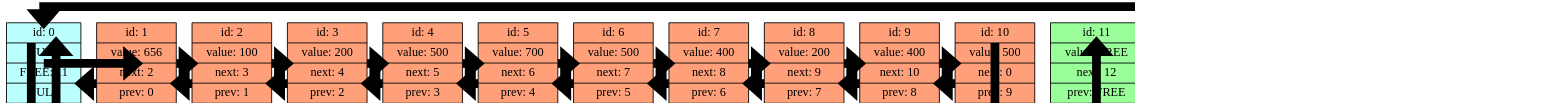
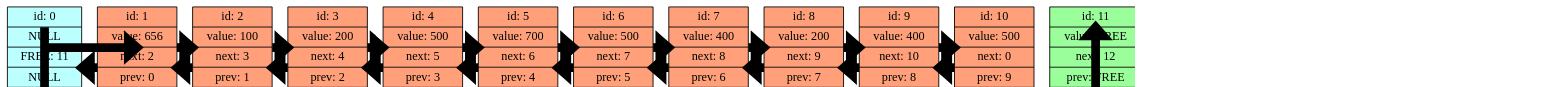
The diagram in dump/list_graph.dot (Troll0ton/List), drawn with Graphviz before and after one commit. The commit also changed 9 other files, not shown here.

```diff
--- a/dump/list_graph.dot
+++ b/dump/list_graph.dot
@@ -1,69 +1,67 @@
 digraph structs {                                                                  
 rankdir = TB;                                                                      
 graph [dpi = 100];                                                                 
 ranksep = 1.5;                                                                     
 edge[penwidth = 10];                                                               
 cell0 [style = filled, color = black, fillcolor = paleturquoise1,                  
 shape=record,label = " { <nul> id: 0 | NULL | <frn> FREE: 11 | <prv> NULL } " ]; 
 cell1 [style = filled, color = black, fillcolor = lightsalmon, shape=record,label = " { <idk> id: 1 | value:                   656 |<nxt> next:     2 | <prv> prev:     0} " ];
 cell2 [style = filled, color = black, fillcolor = lightsalmon, shape=record,label = " { <idk> id: 2 | value:                   100 |<nxt> next:     3 | <prv> prev:     1} " ];
 cell3 [style = filled, color = black, fillcolor = lightsalmon, shape=record,label = " { <idk> id: 3 | value:                   200 |<nxt> next:     4 | <prv> prev:     2} " ];
 cell4 [style = filled, color = black, fillcolor = lightsalmon, shape=record,label = " { <idk> id: 4 | value:                   500 |<nxt> next:     5 | <prv> prev:     3} " ];
 cell5 [style = filled, color = black, fillcolor = lightsalmon, shape=record,label = " { <idk> id: 5 | value:                   700 |<nxt> next:     6 | <prv> prev:     4} " ];
 cell6 [style = filled, color = black, fillcolor = lightsalmon, shape=record,label = " { <idk> id: 6 | value:                   500 |<nxt> next:     7 | <prv> prev:     5} " ];
 cell7 [style = filled, color = black, fillcolor = lightsalmon, shape=record,label = " { <idk> id: 7 | value:                   400 |<nxt> next:     8 | <prv> prev:     6} " ];
 cell8 [style = filled, color = black, fillcolor = lightsalmon, shape=record,label = " { <idk> id: 8 | value:                   200 |<nxt> next:     9 | <prv> prev:     7} " ];
 cell9 [style = filled, color = black, fillcolor = lightsalmon, shape=record,label = " { <idk> id: 9 | value:                   400 |<nxt> next:    10 | <prv> prev:     8} " ];
 cell10 [style = filled, color = black, fillcolor = lightsalmon, shape=record,label = " { <idk> id: 10 | value:                   500 |<nxt> next:     0 | <prv> prev:     9} " ];
-cell10: <idk> -> cell0: <nul> [weight = 5];
   cell11 [style = filled , color = black, fillcolor = palegreen1,  shape=record,label = " { <idk> id: 11 | value: FREE           | <frn> next:    12 | <prv> prev: FREE } " ];
   cell12 [style = filled , color = black, fillcolor = palegreen1,  shape=record,label = " { <idk> id: 12 | value: FREE           | <frn> next:    13 | <prv> prev: FREE } " ];
   cell13 [style = filled , color = black, fillcolor = palegreen1,  shape=record,label = " { <idk> id: 13 | value: FREE           | <frn> next:    14 | <prv> prev: FREE } " ];
   cell14 [style = filled , color = black, fillcolor = palegreen1,  shape=record,label = " { <idk> id: 14 | value: FREE           | <frn> next:    15 | <prv> prev: FREE } " ];
   cell15 [style = filled , color = black, fillcolor = palegreen1,  shape=record,label = " { <idk> id: 15 | value: FREE           | <frn> next:     0 | <prv> prev: FREE } " ];
 cell0 -> cell1 [weight = 5, style = invis];
 cell1 -> cell2 [weight = 5, style = invis];
 cell2 -> cell3 [weight = 5, style = invis];
 cell3 -> cell4 [weight = 5, style = invis];
 cell4 -> cell5 [weight = 5, style = invis];
 cell5 -> cell6 [weight = 5, style = invis];
 cell6 -> cell7 [weight = 5, style = invis];
 cell7 -> cell8 [weight = 5, style = invis];
 cell8 -> cell9 [weight = 5, style = invis];
 cell9 -> cell10 [weight = 5, style = invis];
 cell10 -> cell11 [weight = 5, style = invis];
 cell11 -> cell12 [weight = 5, style = invis];
 cell12 -> cell13 [weight = 5, style = invis];
 cell13 -> cell14 [weight = 5, style = invis];
 cell14 -> cell15 [weight = 5, style = invis];
 
 splines = ortho
-{rank = same;   cell0; cell1; cell2; cell3; cell4; cell5; cell6; cell7; cell8; cell9; cell10; cell11; cell12; cell13; cell14; cell15; }
+{rank = same;      cell0; cell1; cell2; cell3; cell4; cell5; cell6; cell7; cell8; cell9; cell10; cell11; cell12; cell13; cell14; cell15; }
  
 cell1: <nxt> -> cell2: <nxt> [weight = 5];
 cell2: <prv> -> cell1: <prv> [weight = 5];
 cell2: <nxt> -> cell3: <nxt> [weight = 5];
 cell3: <prv> -> cell2: <prv> [weight = 5];
 cell3: <nxt> -> cell4: <nxt> [weight = 5];
 cell4: <prv> -> cell3: <prv> [weight = 5];
 cell4: <nxt> -> cell5: <nxt> [weight = 5];
 cell5: <prv> -> cell4: <prv> [weight = 5];
 cell5: <nxt> -> cell6: <nxt> [weight = 5];
 cell6: <prv> -> cell5: <prv> [weight = 5];
 cell6: <nxt> -> cell7: <nxt> [weight = 5];
 cell7: <prv> -> cell6: <prv> [weight = 5];
 cell7: <nxt> -> cell8: <nxt> [weight = 5];
 cell8: <prv> -> cell7: <prv> [weight = 5];
 cell8: <nxt> -> cell9: <nxt> [weight = 5];
 cell9: <prv> -> cell8: <prv> [weight = 5];
 cell9: <nxt> -> cell10: <nxt> [weight = 5];
 cell10: <prv> -> cell9: <prv> [weight = 5];
 cell0:  <nul> -> cell1: <idk> [weight = 5];  
-cell15: <idk> -> cell0: <nul> [weight = 5];  
 cell1:  <prv> -> cell0: <prv> [weight = 5];  
 cell0: <nul> -> cell11: <idk> [weight = 5];
 cell11: <frn> -> cell12: <frn> [weight = 5];
 cell12: <frn> -> cell13: <frn> [weight = 5];
 cell13: <frn> -> cell14: <frn> [weight = 5];
 cell14: <frn> -> cell15: <frn> [weight = 5];
 }
```
